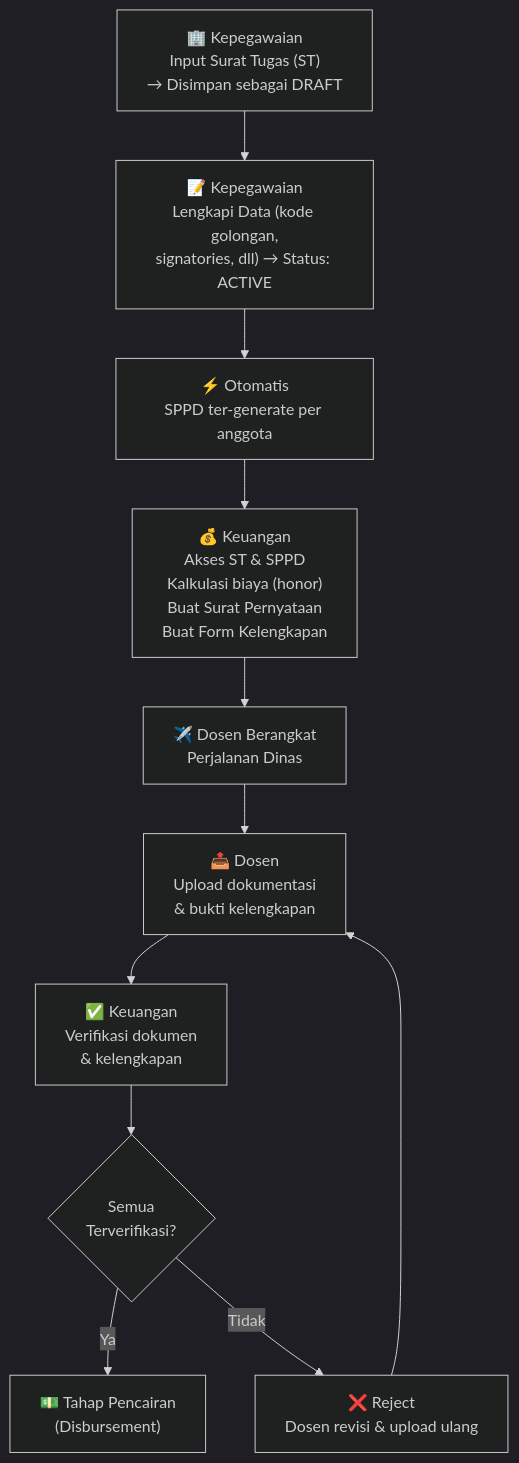
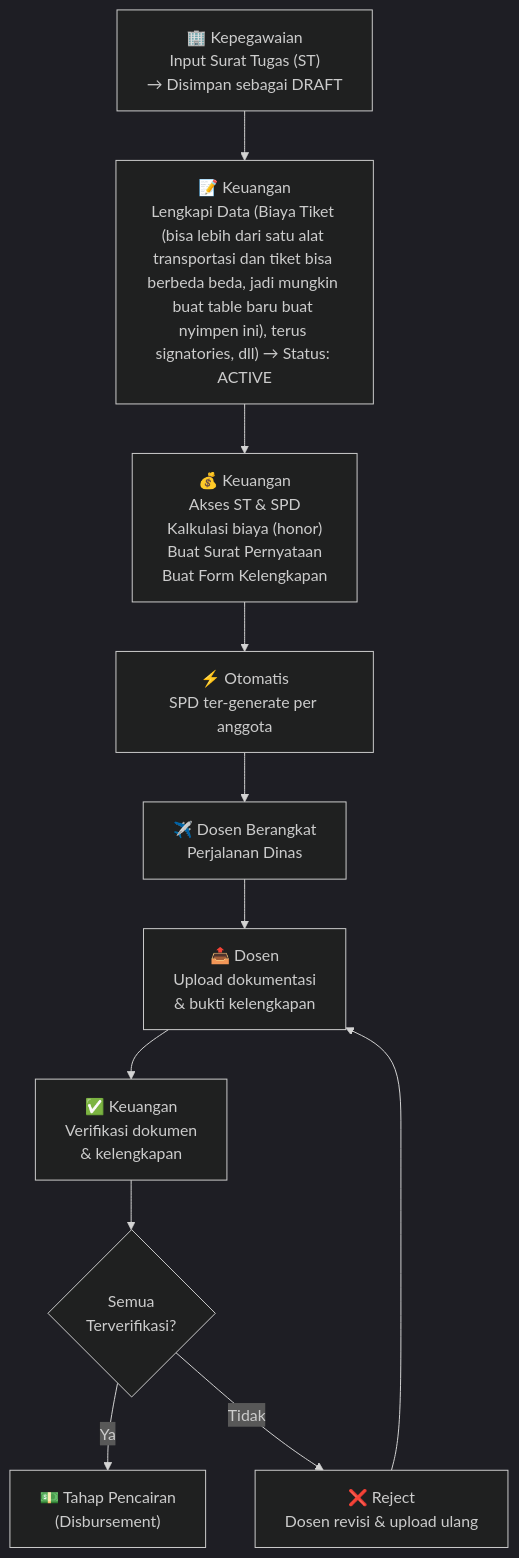
Before and after one commit to Apriiansh/perjadin-polsri: the second of 5 diagrams in perjadin.md, drawn with Mermaid (dark theme). The commit also changed other lines of this file and 32 other files, not shown here.

Commit message:
form kelengkapan

````diff
--- a/perjadin.md
+++ b/perjadin.md
@@ -469,13 +305,14 @@
 ```mermaid
 flowchart TD
-    A["🏢 Kepegawaian\nInput Surat Tugas (ST)\n→ Disimpan sebagai DRAFT"] --> B["📝 Kepegawaian\nLengkapi Data (kode golongan,\nsignatories, dll) → Status: ACTIVE"]
-    B --> C["⚡ Otomatis\nSPPD ter-generate per anggota"]
-    C --> D["💰 Keuangan\nAkses ST & SPPD\nKalkulasi biaya (honor)\nBuat Surat Pernyataan\nBuat Form Kelengkapan"]
-    D --> E["✈️ Dosen Berangkat\nPerjalanan Dinas"]
-    E --> F["📤 Dosen\nUpload dokumentasi\n& bukti kelengkapan"]
-    F --> G["✅ Keuangan\nVerifikasi dokumen\n& kelengkapan"]
-    G --> H{"Semua\nTerverifikasi?"}
-    H -->|Ya| I["💵 Tahap Pencairan\n(Disbursement)"]
-    H -->|Tidak| J["❌ Reject\nDosen revisi & upload ulang"]
+	    A["🏢 Kepegawaian<br />Input Surat Tugas (ST)<br />→ Disimpan sebagai DRAFT"] --> B["📝 Keuangan<br />Lengkapi Data (Biaya Tiket (bisa lebih dari satu alat transportasi dan tiket bisa berbeda beda, jadi mungkin buat table baru buat nyimpen ini), terus <br />signatories, dll) → Status: ACTIVE"]
+    
+    B --> C["💰 Keuangan<br />Akses ST & SPD<br />Kalkulasi biaya (honor)<br />Buat Surat Pernyataan<br />Buat Form Kelengkapan"]
+    C --> D["⚡ Otomatis<br />SPD ter-generate per anggota"]
+    D --> E["✈️ Dosen Berangkat<br />Perjalanan Dinas"]
+    E --> F["📤 Dosen<br />Upload dokumentasi<br />& bukti kelengkapan"]
+    F --> G["✅ Keuangan<br />Verifikasi dokumen<br />& kelengkapan"]
+    G --> H{"Semua<br />Terverifikasi?"}
+    H -->|Ya| I["💵 Tahap Pencairan<br />(Disbursement)"]
+    H -->|Tidak| J["❌ Reject<br />Dosen revisi & upload ulang"]
     J --> F
 ```
````
